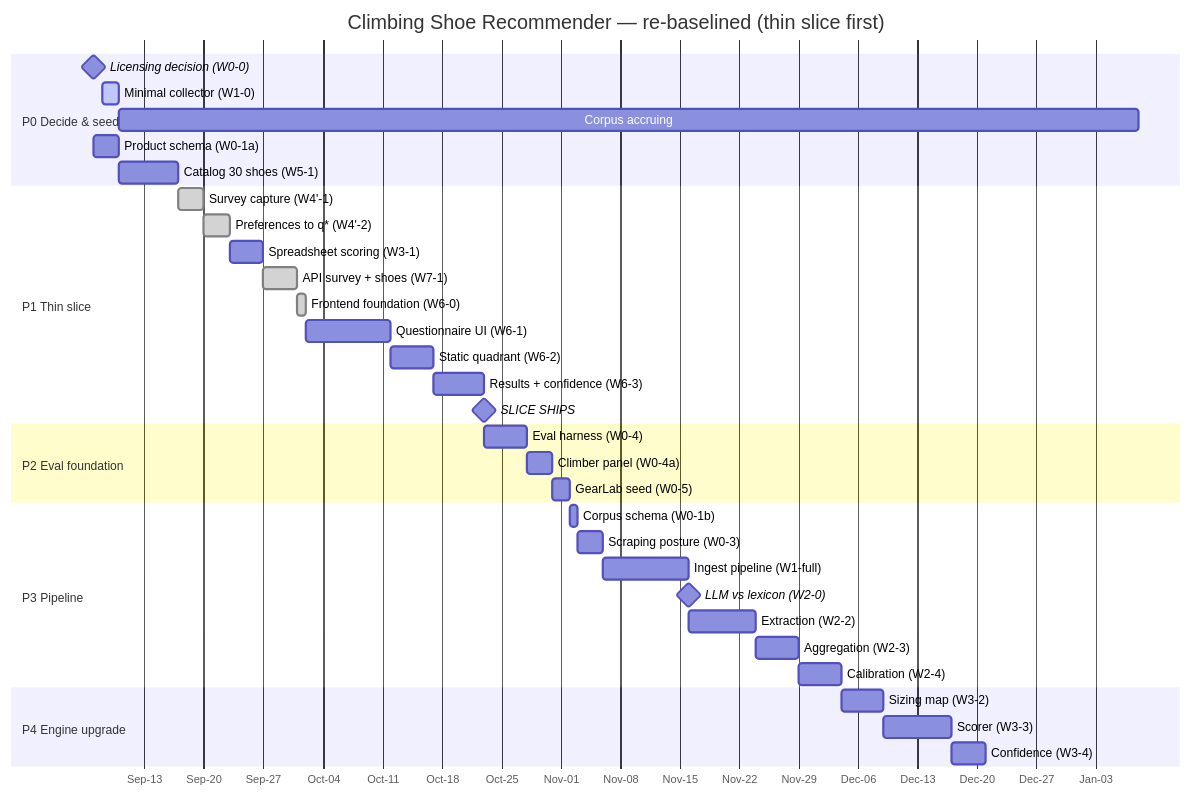
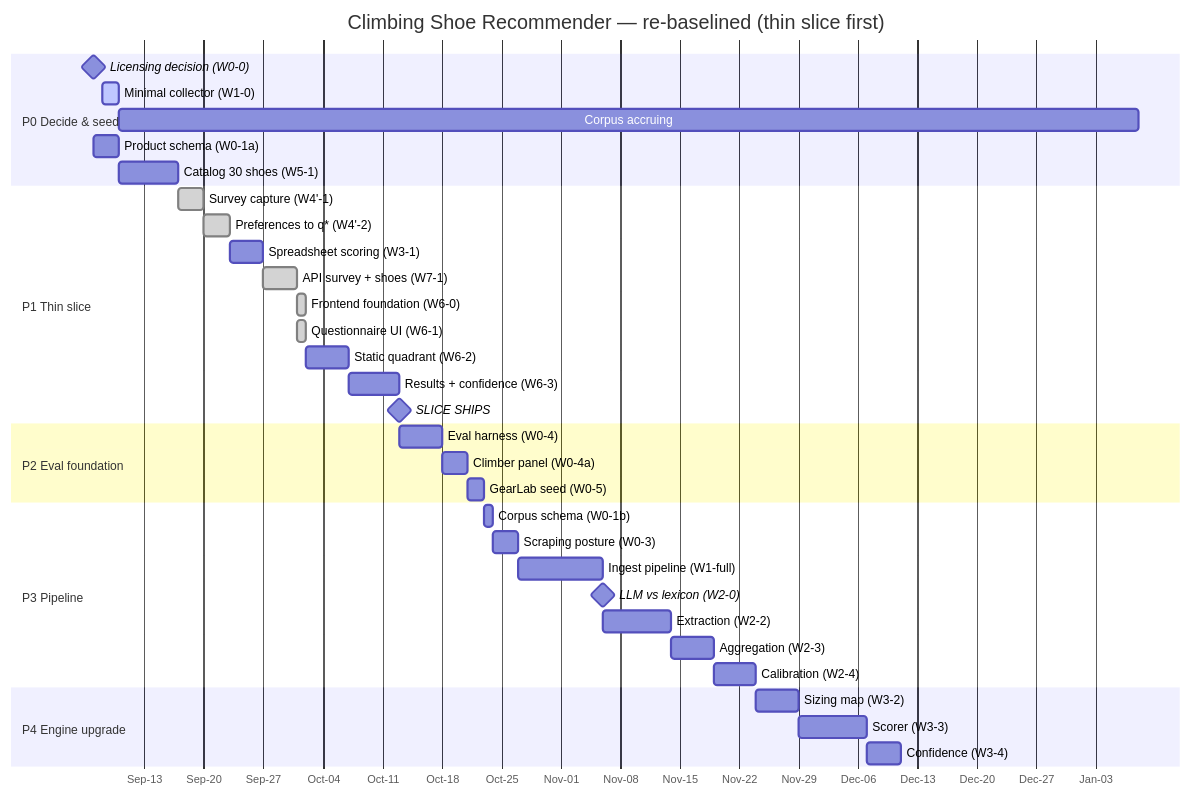
Before and after one commit to barlu3/CruxUp: the second of 2 diagrams in timeline.md, drawn with Mermaid. The commit also changed other lines of this file and 2 other files, not shown here.

First line of the commit message:
W6-1-C: document the questionnaire and relay; mark W6-1 done

````diff
--- a/timeline.md
+++ b/timeline.md
@@ -639,43 +644,43 @@
 ```mermaid
 gantt
   title Climbing Shoe Recommender — re-baselined (thin slice first)
   dateFormat YYYY-MM-DD
   axisFormat %b-%d
 
   section P0 Decide & seed
   Licensing decision (W0-0)        :milestone, m0, 2026-09-07, 0d
   Minimal collector (W1-0)         :active, c0, 2026-09-08, 2d
   Corpus accruing                  :c1, after c0, 120d
   Product schema (W0-1a)           :p0a, 2026-09-07, 3d
   Catalog 30 shoes (W5-1)          :p0b, after p0a, 7d
 
   section P1 Thin slice
   Survey capture (W4'-1)           :done, p1a0, 2026-09-17, 3d
   Preferences to q* (W4'-2)        :done, p1a, after p1a0, 3d
   Spreadsheet scoring (W3-1)       :p1b, after p1a, 4d
   API survey + shoes (W7-1)        :done, p1b2, after p1b, 4d
   Frontend foundation (W6-0)       :done, p1b3, 2026-10-01, 1d
-  Questionnaire UI (W6-1)          :p1c, after p1b2 p1b3, 10d
+  Questionnaire UI (W6-1)          :done, p1c, 2026-10-01, 1d
   Static quadrant (W6-2)           :p1d, after p1c, 5d
   Results + confidence (W6-3)      :p1e, after p1d, 6d
   SLICE SHIPS                      :milestone, m1, after p1e, 0d
 
   section P2 Eval foundation
   Eval harness (W0-4)              :p2a, after p1e, 5d
   Climber panel (W0-4a)            :p2b, after p2a, 3d
   GearLab seed (W0-5)              :p2c, after p2b, 2d
 
   section P3 Pipeline
   Corpus schema (W0-1b)            :p3a, after p2c, 1d
   Scraping posture (W0-3)          :p3b, after p3a, 3d
   Ingest pipeline (W1-full)        :p3c, after p3b, 10d
   LLM vs lexicon (W2-0)            :milestone, m2, after p3c, 0d
   Extraction (W2-2)                :p3d, after p3c, 8d
   Aggregation (W2-3)               :p3e, after p3d, 5d
   Calibration (W2-4)               :p3f, after p3e, 5d
 
   section P4 Engine upgrade
   Sizing map (W3-2)                :p4a, after p3f, 5d
   Scorer (W3-3)                    :p4b, after p4a, 8d
   Confidence (W3-4)                :p4c, after p4b, 4d
 ```
````
